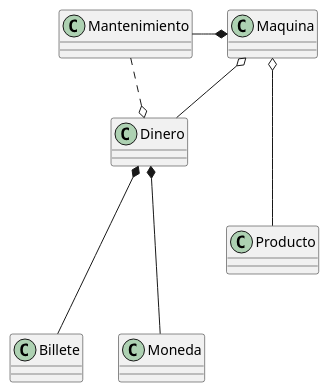
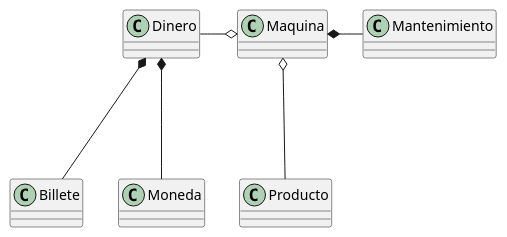
Before and after one commit to mmasias/IdSw2-22-23: the diagram in Grupo2/modelo-de-dominio/dominio.plantuml, drawn with PlantUML. The commit also changed 10 other files, not shown here.

```diff
--- a/Grupo2/modelo-de-dominio/dominio.plantuml
+++ b/Grupo2/modelo-de-dominio/dominio.plantuml
@@ -1,17 +1,16 @@
 @startuml modelo-de-dominio
 class Maquina
 class Billete
 class Moneda
 class Producto
 class Dinero
 class Mantenimiento
 
-Maquina *--l Mantenimiento
-Maquina o-- Dinero
+Maquina *--r Mantenimiento
+Maquina o--l Dinero
 Maquina o--- Producto
 
 Dinero *--- Billete
 Dinero *--- Moneda
 
-Mantenimiento ...r.o Dinero
 @enduml
```
